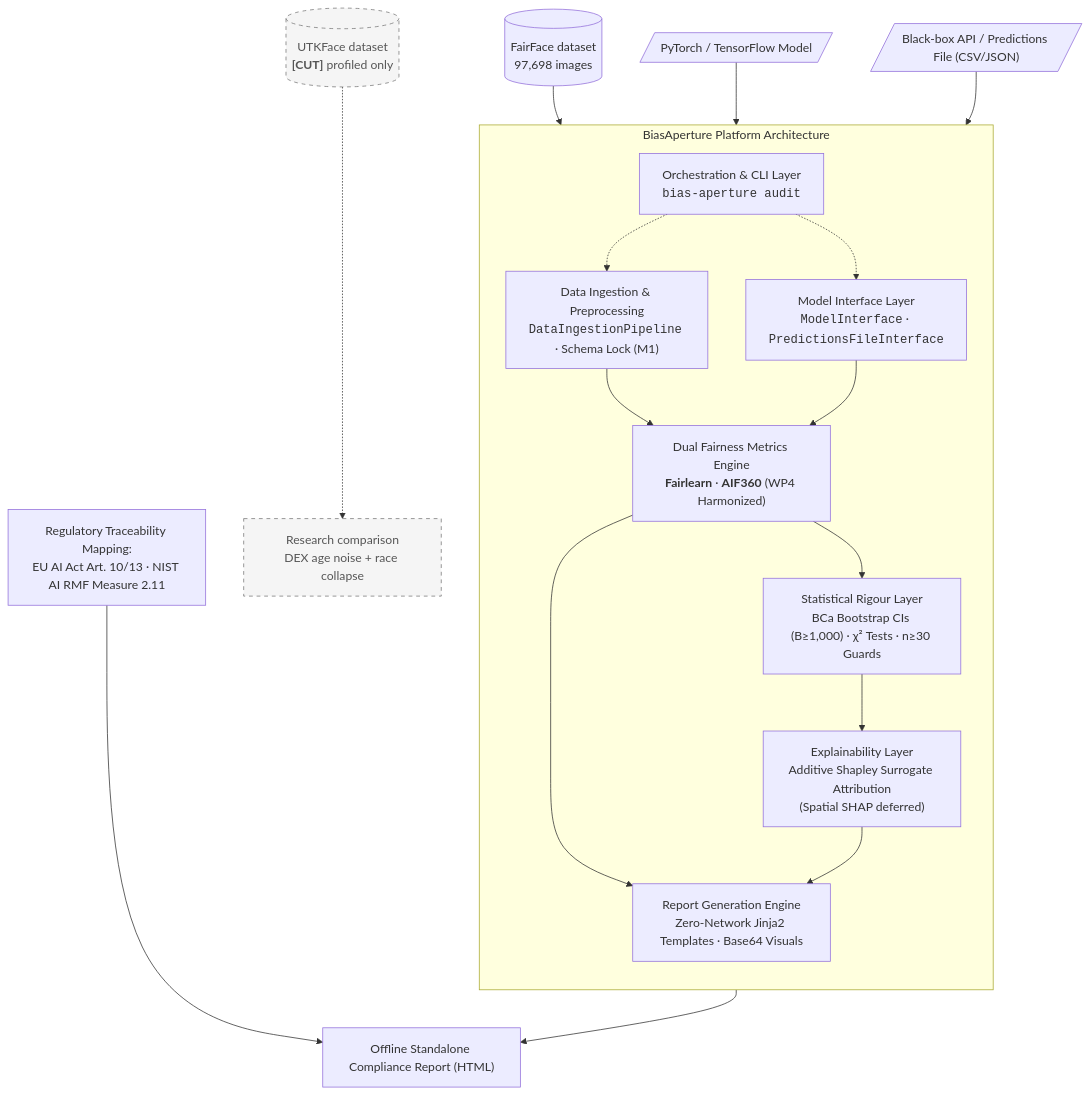
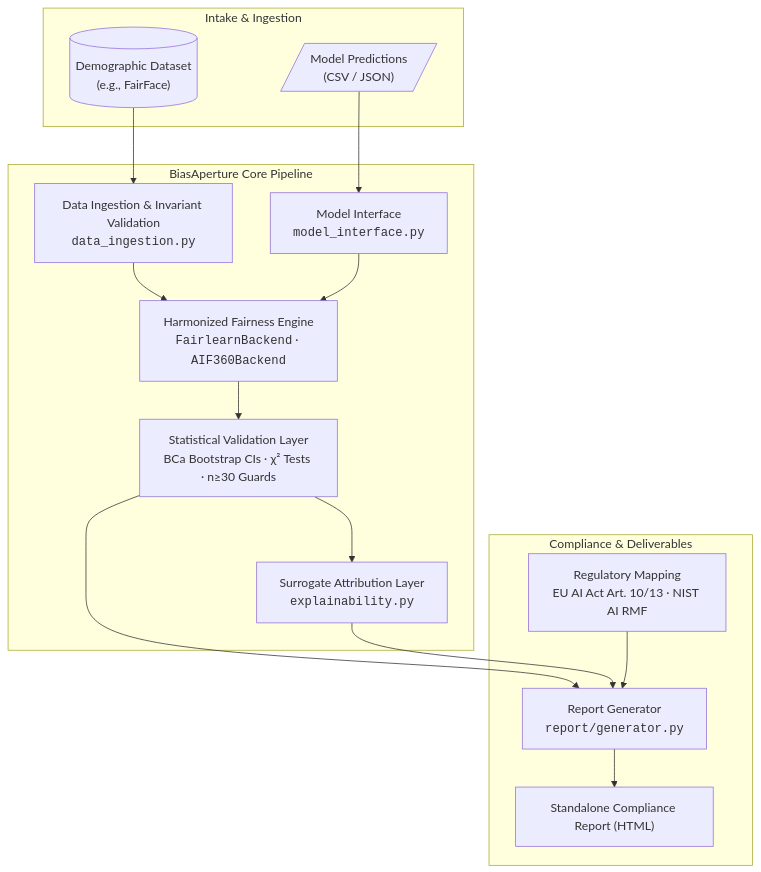
One commit to Aaradhya-Dev-Tamrakar/BiasAperture changed the diagram in README.md. Above: the diagram before and after it, drawn with Mermaid. The commit also changed other lines of this file and 2 other files, not shown here.

````diff
--- a/README.md
+++ b/README.md
@@ -42,39 +37,32 @@
 ```mermaid
 flowchart TD
-    FF[("FairFace dataset<br/>97,698 images")]
-    UTK[("UTKFace dataset<br/><b>[CUT]</b> profiled only")]
-    CUT["Research comparison<br/>DEX age noise + race collapse"]
-    PT[/"PyTorch / TensorFlow Model"/]
-    BB[/"Black-box API / Predictions File (CSV/JSON)"/]
-
-    subgraph BA["BiasAperture Platform Architecture"]
-        direction TB
-        ORCH["Orchestration & CLI Layer<br/><code>bias-aperture audit</code>"]
-        ING["Data Ingestion & Preprocessing<br/><code>DataIngestionPipeline</code> · Schema Lock (M1)"]
-        MIF["Model Interface Layer<br/><code>ModelInterface</code> · <code>PredictionsFileInterface</code>"]
-        FME["Dual Fairness Metrics Engine<br/><b>Fairlearn</b> · <b>AIF360</b> (WP4 Harmonized)"]
-        STAT["Statistical Rigour Layer<br/>BCa Bootstrap CIs (B≥1,000) · χ² Tests · n≥30 Guards"]
-        EXP["Explainability Layer<br/>Additive Shapley Surrogate Attribution<br/>(Spatial SHAP deferred)"]
-        REP["Report Generation Engine<br/>Zero-Network Jinja2 Templates · Base64 Visuals"]
-
-        ORCH -.-> ING
-        ORCH -.-> MIF
-        ING --> FME
-        MIF --> FME
-        FME --> STAT
-        STAT --> EXP
-        FME --> REP
-        EXP --> REP
+    subgraph INTAKE["Intake & Ingestion"]
+        D1[("Demographic Dataset<br/>(e.g., FairFace)")]
+        P1[/"Model Predictions<br/>(CSV / JSON)"/]
     end
 
-    FF --> ING
-    UTK -.-> CUT
-    PT --> MIF
-    BB --> MIF
+    subgraph CORE["BiasAperture Core Pipeline"]
+        ING["Data Ingestion & Invariant Validation<br/><code>data_ingestion.py</code>"]
+        MIF["Model Interface<br/><code>model_interface.py</code>"]
+        ENG["Harmonized Fairness Engine<br/><code>FairlearnBackend</code> · <code>AIF360Backend</code>"]
+        STAT["Statistical Validation Layer<br/>BCa Bootstrap CIs · χ² Tests · n≥30 Guards"]
+        EXP["Surrogate Attribution Layer<br/><code>explainability.py</code>"]
+    end
 
-    REP --> COMP["Offline Standalone Compliance Report (HTML)"]
-    REG["Regulatory Traceability Mapping:<br/>EU AI Act Art. 10/13 · NIST AI RMF Measure 2.11"] --> COMP
+    subgraph OUTPUT["Compliance & Deliverables"]
+        REP["Report Generator<br/><code>report/generator.py</code>"]
+        HTML["Standalone Compliance Report (HTML)"]
+        REG["Regulatory Mapping<br/>EU AI Act Art. 10/13 · NIST AI RMF"]
+    end
 
-    classDef cut stroke-dasharray: 5 5, fill:#f5f5f5, stroke:#777, color:#555
-    class UTK,CUT cut
+    D1 --> ING
+    P1 --> MIF
+    ING --> ENG
+    MIF --> ENG
+    ENG --> STAT
+    STAT --> EXP
+    STAT --> REP
+    EXP --> REP
+    REG --> REP
+    REP --> HTML
 ```
````
